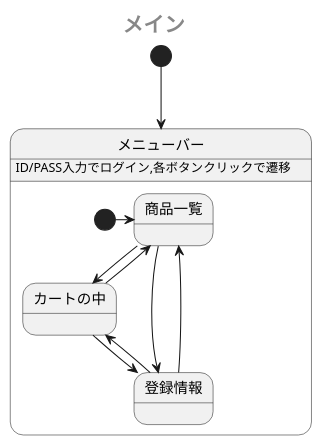
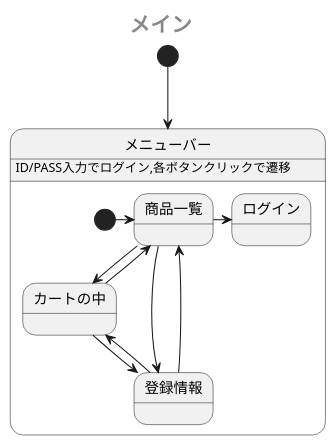
Before and after one commit to Aso2001385/2021sys-design: the first of 2 diagrams in sample/StateMachine.md, drawn with PlantUML.

````diff
--- a/sample/StateMachine.md
+++ b/sample/StateMachine.md
@@ -1,21 +1,22 @@
 ```uml
 @startuml
  center header <size:20><b>メイン</b></size>
  [*] --> メニューバー
  state メニューバー {
    メニューバー: ID/PASS入力でログイン,各ボタンクリックで遷移
    [*] -> 商品一覧
    商品一覧 -down-> カートの中
+   商品一覧 -right-> ログイン
    カートの中 -up-> 商品一覧
    カートの中 -down-> 登録情報
    登録情報 -up-> カートの中
    商品一覧 -right-> 登録情報
    商品一覧 -[hidden]> 登録情報
    登録情報 -left-> 商品一覧
    登録情報 -[hidden]> 商品一覧
    
 
  }
  
 @enduml
 ```
````
